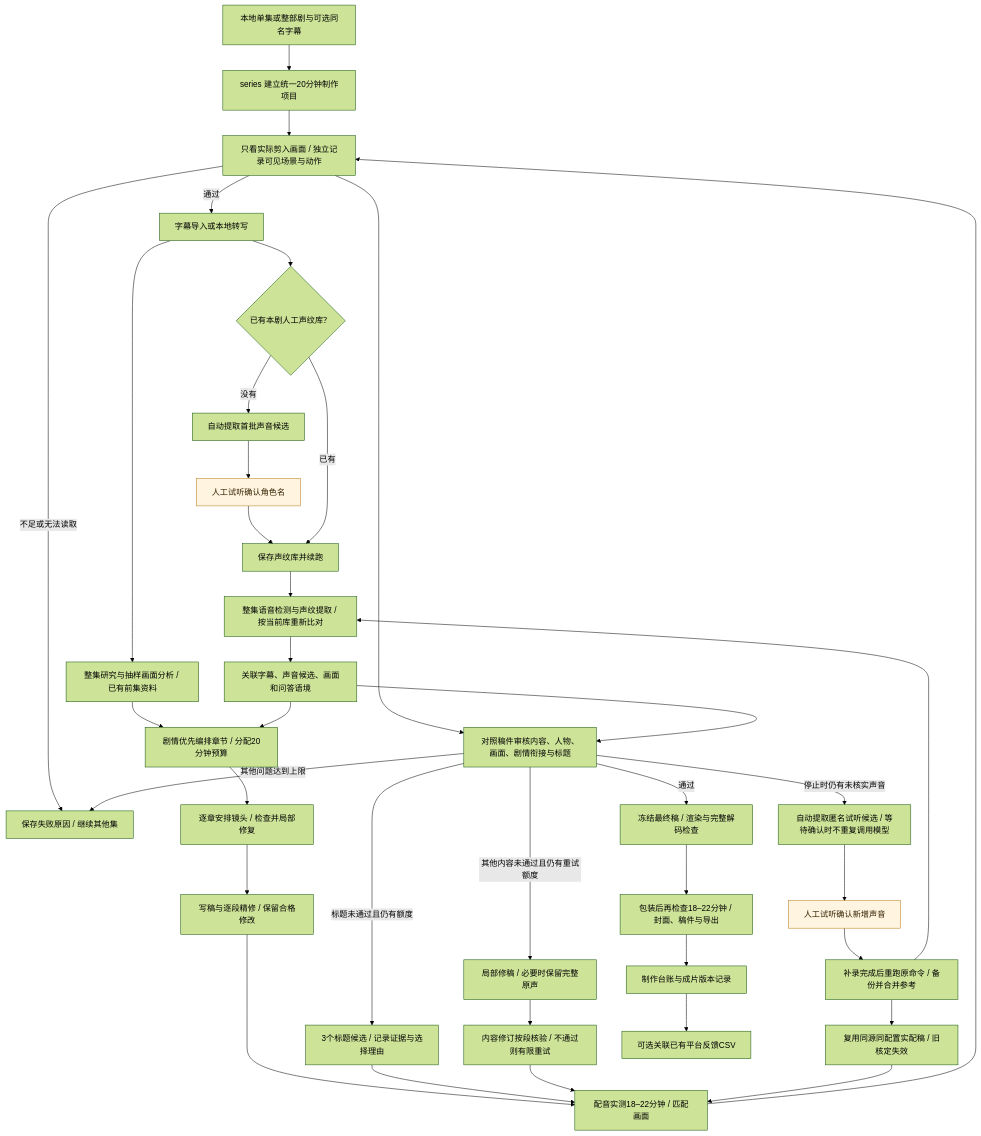
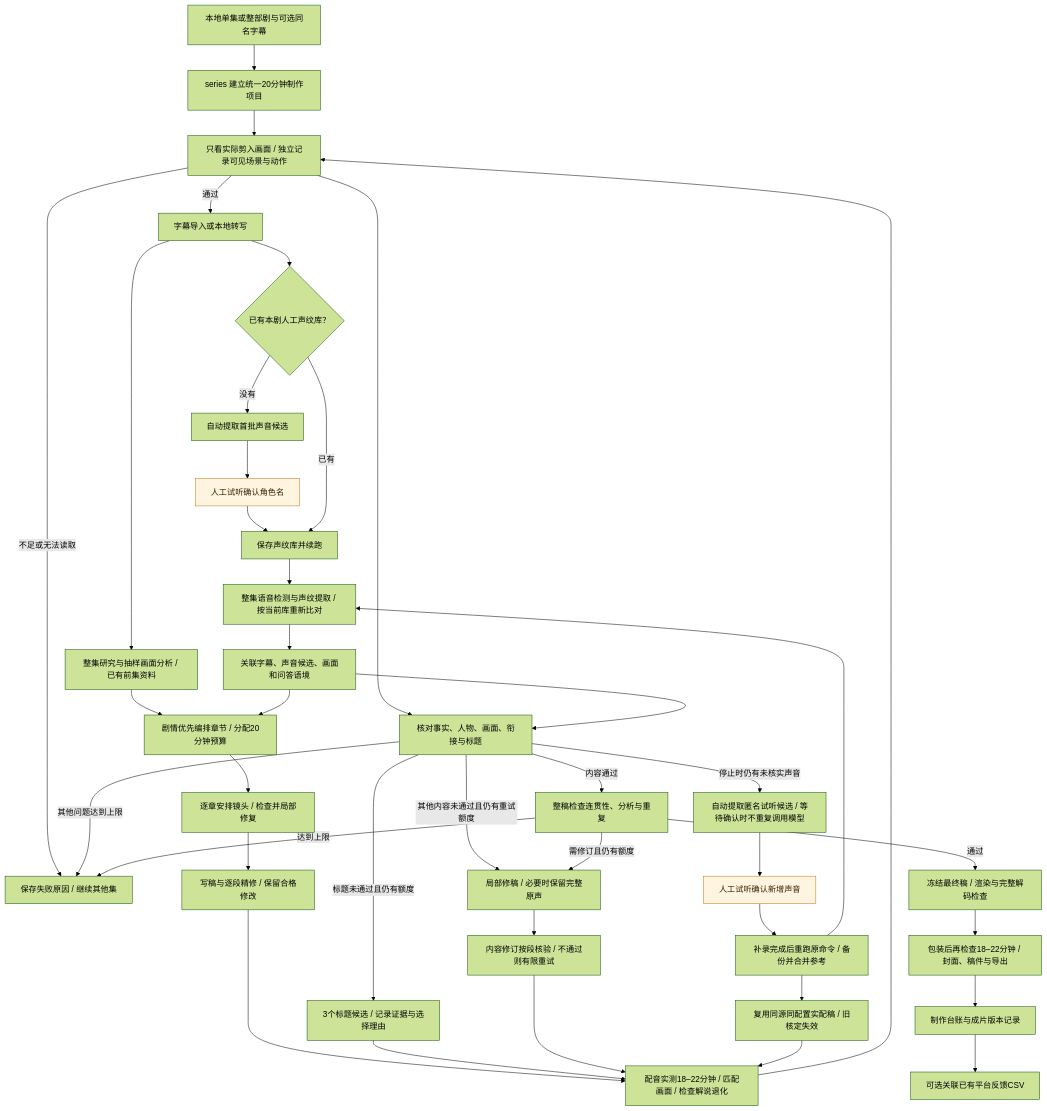
The first of 2 diagrams in README.md (redrain-wang/autoclip1), drawn with Mermaid (forest theme) before and after one commit. The commit also changed other lines of this file and 12 other files, not shown here.

````diff
--- a/README.md
+++ b/README.md
@@ -39,41 +51,44 @@
 ```mermaid
 flowchart TD
     A[本地单集或整部剧与可选同名字幕] --> B[series 建立统一20分钟制作项目]
     B --> V{素材至少18分钟？}
     V -->|不足或无法读取| Q[保存失败原因 / 继续其他集]
     V -->|通过| C[字幕导入或本地转写]
     C --> D{已有本剧人工声纹库？}
     D -->|没有| E[自动提取首批声音候选]
     E --> F[人工试听确认角色名]
     F --> G[保存声纹库并续跑]
     D -->|已有| G
     G --> H[整集语音检测与声纹提取 / 按当前库重新比对]
     H --> I[关联字幕、声音候选、画面和问答语境]
     C --> J[整集研究与抽样画面分析 / 已有前集资料]
     J --> K[剧情优先编排章节 / 分配20分钟预算]
     I --> K
     K --> L[逐章安排镜头 / 检查并局部修复]
     L --> M[写稿与逐段精修 / 保留合格修改]
-    M --> N[配音实测18–22分钟 / 匹配画面]
+    M --> N[配音实测18–22分钟 / 匹配画面 / 检查解说退化]
     N --> V[只看实际剪入画面 / 独立记录可见场景与动作]
-    V --> O[对照稿件审核内容、人物、画面、剧情衔接与标题]
+    V --> O[核对事实、人物、画面、衔接与标题]
     I --> O
     O -->|标题未通过且仍有额度| TT[3个标题候选 / 记录证据与选择理由]
     TT --> N
     O -->|其他内容未通过且仍有重试额度| P[局部修稿 / 必要时保留完整原声]
     P --> U[内容修订按段核验 / 不通过则有限重试]
     U --> N
     O -->|停止时仍有未核实声音| W[自动提取匿名试听候选 / 等待确认时不重复调用模型]
     W --> Z[人工试听确认新增声音]
     Z --> X[补录完成后重跑原命令 / 备份并合并参考]
     X --> H
     X --> Y[复用同源同配置实配稿 / 旧核定失效]
     Y --> N
     O -->|其他问题达到上限| Q
-    O -->|通过| R[冻结最终稿 / 渲染与完整解码检查]
+    O -->|内容通过| QD[整稿检查连贯性、分析与重复]
+    QD -->|需修订且仍有额度| P
+    QD -->|达到上限| Q
+    QD -->|通过| R[冻结最终稿 / 渲染与完整解码检查]
     R --> S[包装后再检查18–22分钟 / 封面、稿件与导出]
     S --> T[制作台账与成片版本记录]
     T --> FB[可选关联已有平台反馈CSV]
     classDef human fill:#fff4df,stroke:#bd7a17,color:#332200
     class F,Z human
 ```
````
